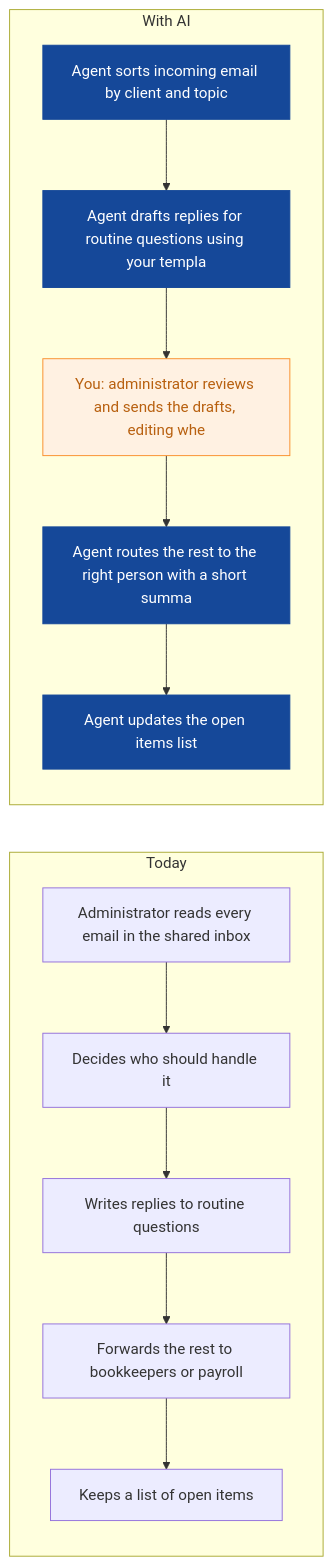
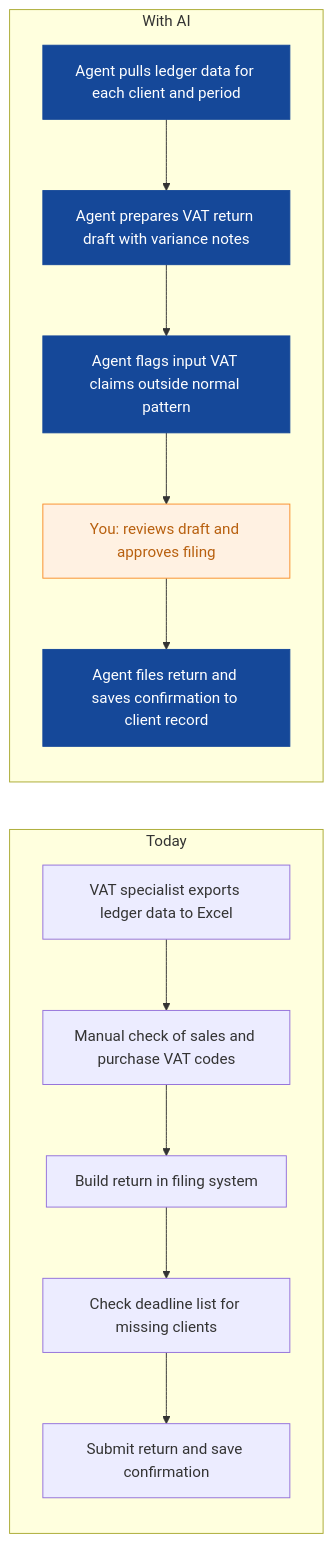
One commit to nexibeo/Complete-AI-Strategy changed the fourth of 9 diagrams in strategies/brightwater-accountancy.md. Above: the diagram before and after it, drawn with Mermaid. The commit also changed other lines of this file and 26 other files, not shown here.

````diff
--- a/strategies/brightwater-accountancy.md
+++ b/strategies/brightwater-accountancy.md
@@ -135,23 +140,23 @@
 ```mermaid
 flowchart LR
   subgraph Today
-    B0["Administrator reads every email in the shared inbox"]
-    B1["Decides who should handle it"]
-    B2["Writes replies to routine questions"]
-    B3["Forwards the rest to bookkeepers or payroll"]
-    B4["Keeps a list of open items"]
+    B0["VAT specialist exports ledger data to Excel"]
+    B1["Manual check of sales and purchase VAT codes"]
+    B2["Build return in filing system"]
+    B3["Check deadline list for missing clients"]
+    B4["Submit return and save confirmation"]
     B0 --> B1 --> B2 --> B3 --> B4
   end
   subgraph WithAI[With AI]
-    A0["Agent sorts incoming email by client and topic"]
-    A1["Agent drafts replies for routine questions using your templa"]
-    A2["You: administrator reviews and sends the drafts, editing whe"]
-    A3["Agent routes the rest to the right person with a short summa"]
-    A4["Agent updates the open items list"]
+    A0["Agent pulls ledger data for each client and period"]
+    A1["Agent prepares VAT return draft with variance notes"]
+    A2["Agent flags input VAT claims outside normal pattern"]
+    A3["You: reviews draft and approves filing"]
+    A4["Agent files return and saves confirmation to client record"]
     A0 --> A1 --> A2 --> A3 --> A4
   end
   classDef ai fill:#154899,color:#fff,stroke:#154899
   classDef human fill:#FFF1E2,color:#B8600F,stroke:#F98F2C
-  class A0,A1,A3,A4 ai
-  class A2 human
+  class A0,A1,A2,A4 ai
+  class A3 human
 ```
````
